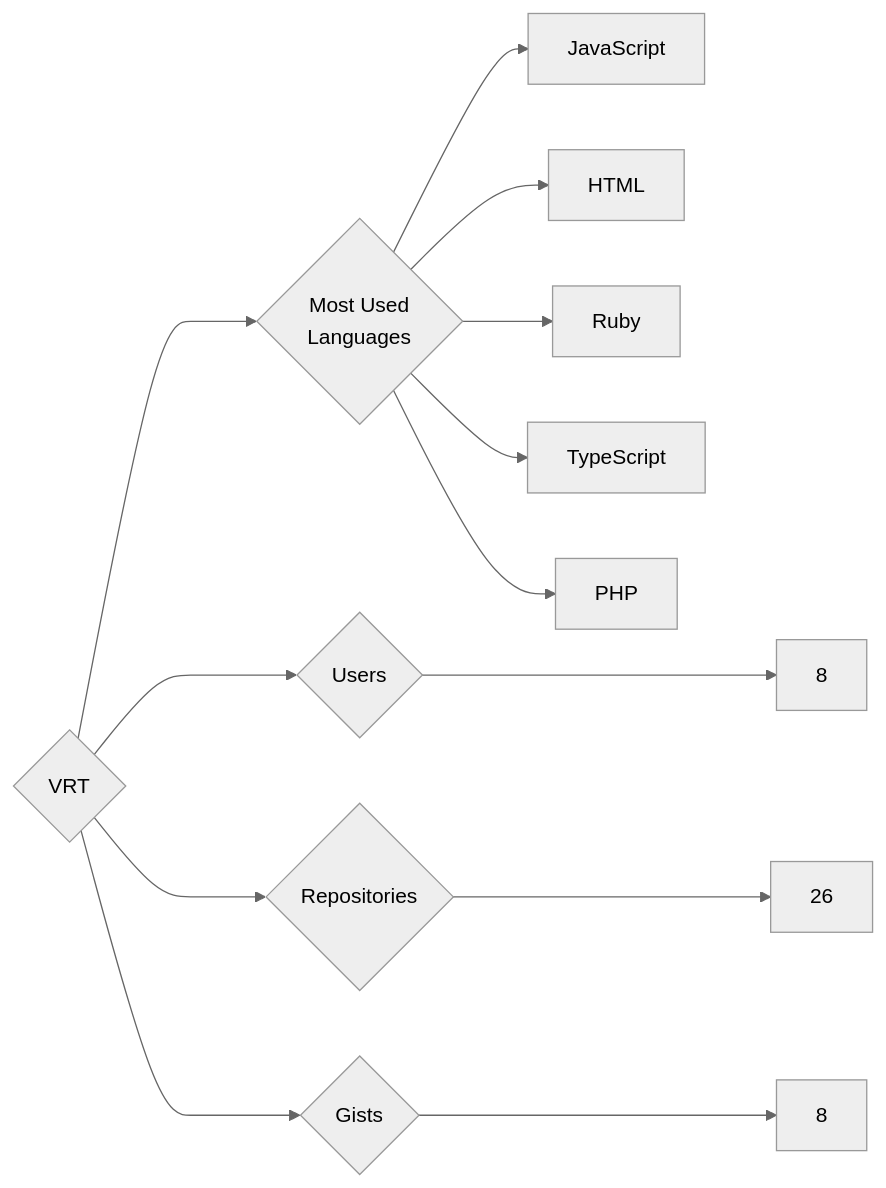
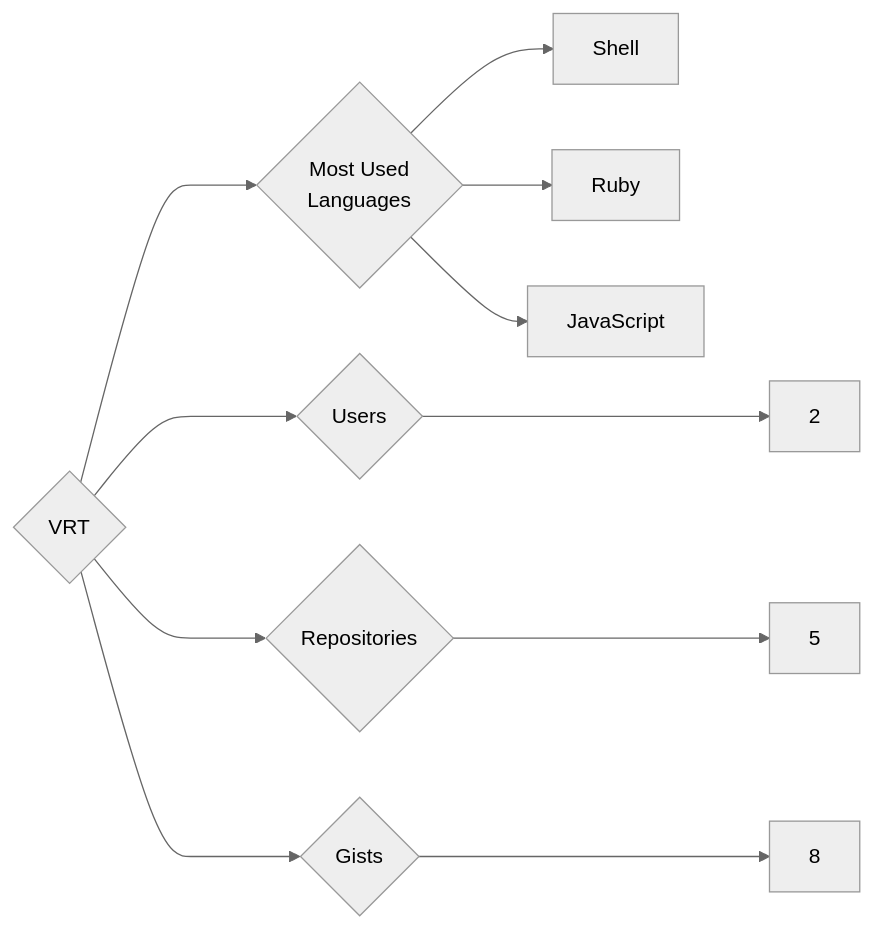
One commit to trickest/insiders changed the diagram in targets/VRT/README.md. Above: the diagram before and after it, drawn with Mermaid (neutral theme). The commit also changed 851 other files, not shown here.

````diff
--- a/targets/VRT/README.md
+++ b/targets/VRT/README.md
@@ -3,13 +3,11 @@
 ```mermaid
 graph LR
 COMPANY_NAME{VRT}
-COMPANY_NAME ---> U{Users} ---> UN[8]
-COMPANY_NAME ---> R{Repositories} ---> RN[26]
+COMPANY_NAME ---> U{Users} ---> UN[2]
+COMPANY_NAME ---> R{Repositories} ---> RN[5]
 COMPANY_NAME ---> G{Gists} ---> GN[8]
 COMPANY_NAME ---> ML{Most Used<br>Languages}
+ML --> Shell[Shell]
+ML --> Ruby[Ruby]
 ML --> JavaScript[JavaScript]
-ML --> HTML[HTML]
-ML --> Ruby[Ruby]
-ML --> TypeScript[TypeScript]
-ML --> PHP[PHP]
 ```
````
